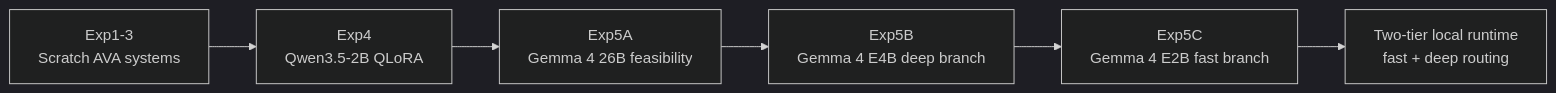
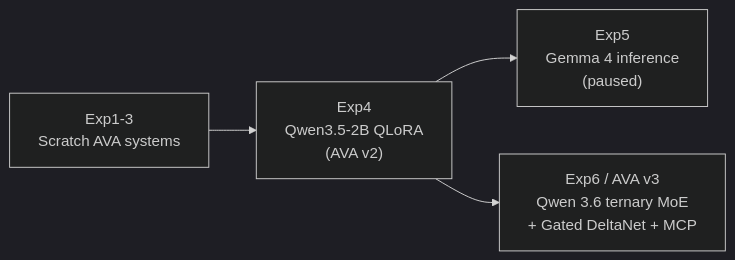
One commit to NAME0x0/AVA changed the first of 4 diagrams in README.md. Above: the diagram before and after it, drawn with Mermaid (dark theme). The commit also changed other lines of this file and 19 other files, not shown here.

````diff
--- a/README.md
+++ b/README.md
@@ -22,8 +22,6 @@
 ```mermaid
 flowchart LR
-    A["Exp1-3<br/>Scratch AVA systems"] --> B["Exp4<br/>Qwen3.5-2B QLoRA"]
-    B --> C["Exp5A<br/>Gemma 4 26B feasibility"]
-    C --> D["Exp5B<br/>Gemma 4 E4B deep branch"]
-    D --> E["Exp5C<br/>Gemma 4 E2B fast branch"]
-    E --> F["Two-tier local runtime<br/>fast + deep routing"]
+    A["Exp1-3<br/>Scratch AVA systems"] --> B["Exp4<br/>Qwen3.5-2B QLoRA<br/>(AVA v2)"]
+    B --> C["Exp5<br/>Gemma 4 inference<br/>(paused)"]
+    B --> G["Exp6 / AVA v3<br/>Qwen 3.6 ternary MoE<br/>+ Gated DeltaNet + MCP"]
 ```
````
